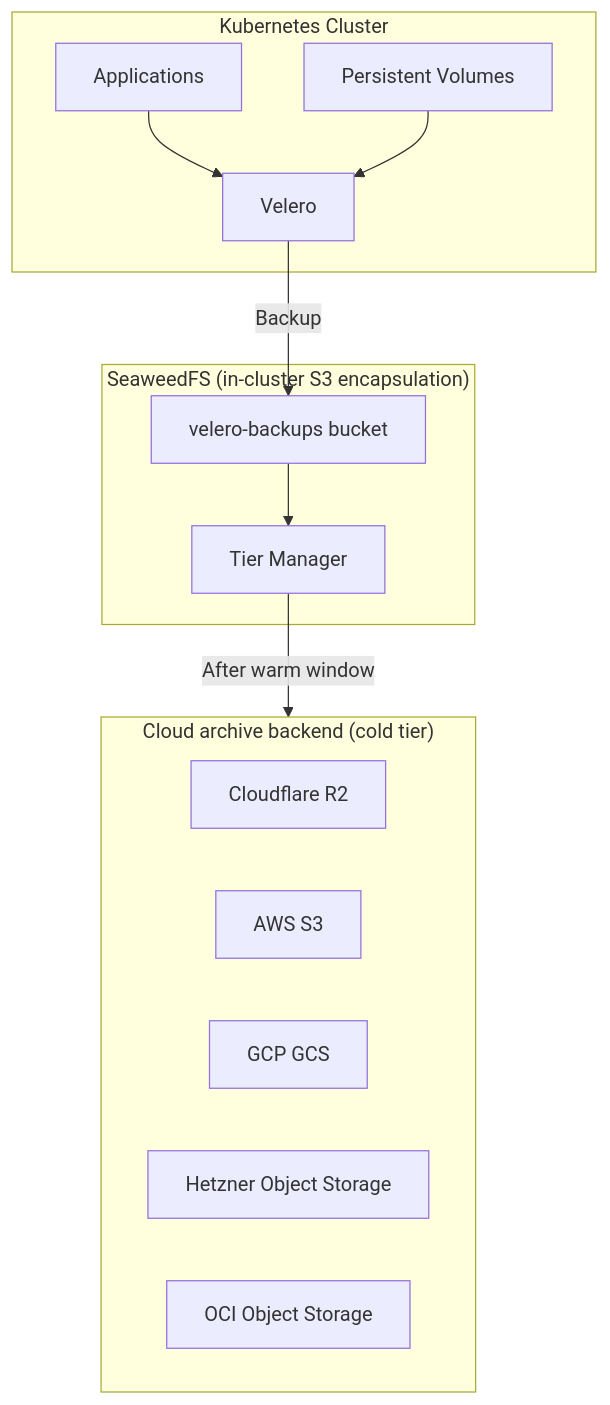
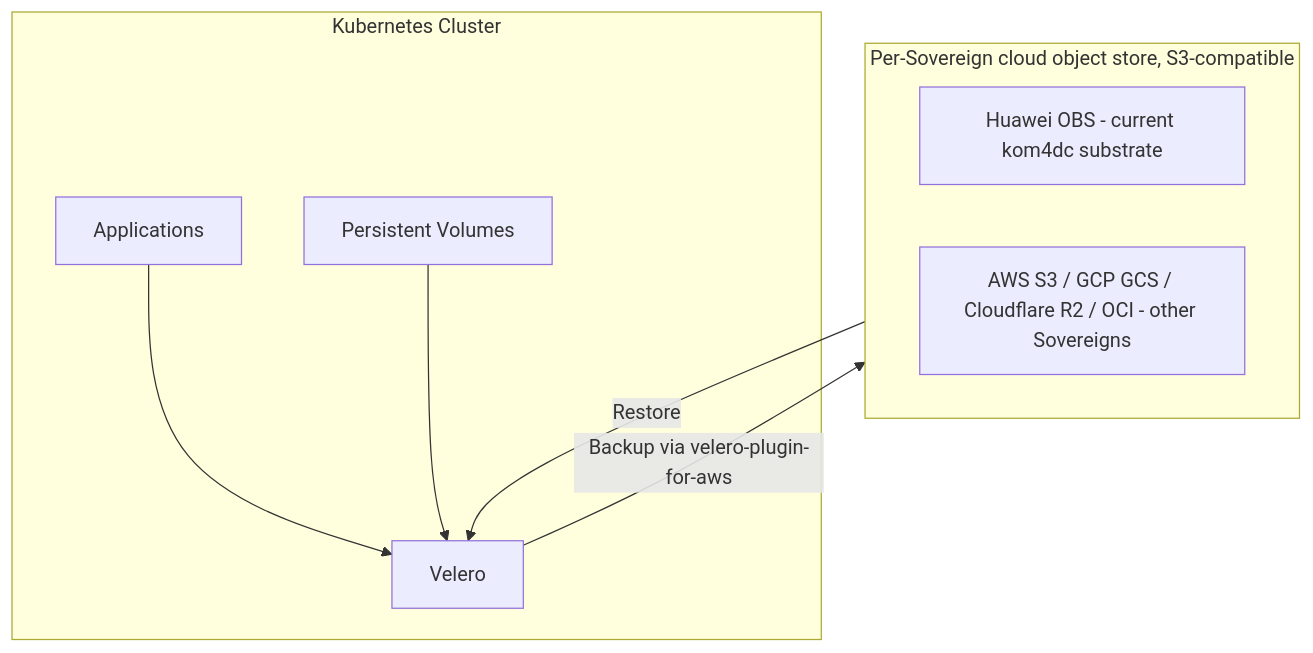
One commit to openova-io/openova changed the first of 3 diagrams in platform/velero/README.md. Above: the diagram before and after it, drawn with Mermaid. The commit also changed other lines of this file and 101 other files, not shown here.

````diff
--- a/platform/velero/README.md
+++ b/platform/velero/README.md
@@ -13,27 +13,18 @@
 ```mermaid
 flowchart TB
     subgraph K8s["Kubernetes Cluster"]
         Velero[Velero]
         Apps[Applications]
         PVs[Persistent Volumes]
     end
 
-    subgraph SW["SeaweedFS (in-cluster S3 encapsulation)"]
-        Bucket[velero-backups bucket]
-        TierMgr[Tier Manager]
-    end
-
-    subgraph Archival["Cloud archive backend (cold tier)"]
-        R2[Cloudflare R2]
-        S3[AWS S3]
-        GCS[GCP GCS]
-        Hetzner[Hetzner Object Storage]
-        OCI[OCI Object Storage]
+    subgraph Cloud["Per-Sovereign cloud object store, S3-compatible"]
+        OBS[Huawei OBS - current kom4dc substrate]
+        Other[AWS S3 / GCP GCS / Cloudflare R2 / OCI - other Sovereigns]
     end
 
     Apps --> Velero
     PVs --> Velero
-    Velero -->|"Backup"| Bucket
-    Bucket --> TierMgr
-    TierMgr -->|"After warm window"| Archival
+    Velero -->|"Backup via velero-plugin-for-aws"| Cloud
+    Cloud -->|"Restore"| Velero
 ```
````
